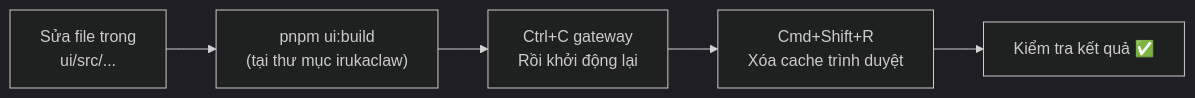
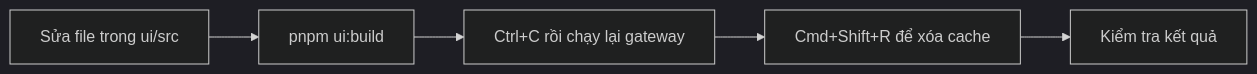
One commit to orecateamedu/irukaclaw changed the third of 4 diagrams in huong-dan/bat-dau.md. Above: the diagram before and after it, drawn with Mermaid (dark theme). The commit also changed other lines of this file and 4 other files, not shown here.

````diff
--- a/huong-dan/bat-dau.md
+++ b/huong-dan/bat-dau.md
@@ -201,7 +201,7 @@
 ```mermaid
 graph LR
-    A["Sửa file trong<br>ui/src/..."] --> B["pnpm ui:build<br>(tại thư mục irukaclaw)"]
-    B --> C["Ctrl+C gateway<br>Rồi khởi động lại"]
-    C --> D["Cmd+Shift+R<br>Xóa cache trình duyệt"]
-    D --> E["Kiểm tra kết quả ✅"]
+    A["Sửa file trong ui/src"] --> B["pnpm ui:build"]
+    B --> C["Ctrl+C rồi chạy lại gateway"]
+    C --> D["Cmd+Shift+R để xóa cache"]
+    D --> E["Kiểm tra kết quả"]
 ```
````
